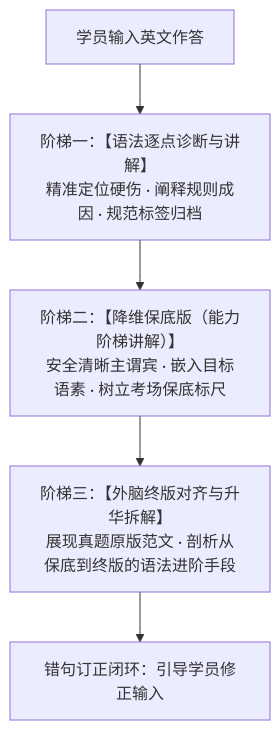
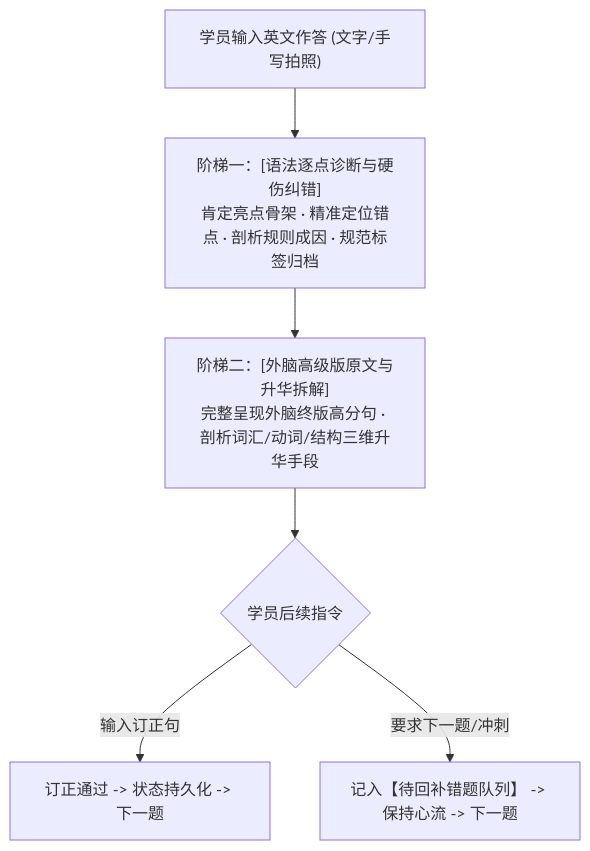
The diagram in references/grammar_rubric.md (Fuchen-Xiaoxing/kaoyan-asset-consolidator), drawn with Mermaid before and after one commit. The commit also changed other lines of this file and 10 other files, not shown here.

````diff
--- a/references/grammar_rubric.md
+++ b/references/grammar_rubric.md
@@ -91,7 +101,8 @@
 ```mermaid
 flowchart TD
-    Ans["学员输入英文作答"] --> L1["阶梯一：【语法逐点诊断与讲解】\n精准定位硬伤 · 阐释规则成因 · 规范标签归档"]
-    L1 --> L2["阶梯二：【降维保底版（能力阶梯讲解）】\n安全清晰主谓宾 · 嵌入目标语素 · 树立考场保底标尺"]
-    L2 --> L3["阶梯三：【外脑终版对齐与升华拆解】\n展现真题原版范文 · 剖析从保底到终版的语法进阶手段"]
-    L3 --> Loop["错句订正闭环：引导学员修正输入"]
+    Ans["学员输入英文作答 (文字/手写拍照)"] --> L1["阶梯一：[语法逐点诊断与硬伤纠错]\n肯定亮点骨架 · 精准定位错点 · 剖析规则成因 · 规范标签归档"]
+    L1 --> L2["阶梯二：[外脑高级版原文与升华拆解]\n完整呈现外脑终版高分句 · 剖析词汇/动词/结构三维升华手段"]
+    L2 --> Choice{"学员后续指令"}
+    Choice -- "输入订正句" --> Verified["订正通过 -> 状态持久化 -> 下一题"]
+    Choice -- "要求下一题/冲刺" --> Queue["记入【待回补错题队列】 -> 保持心流 -> 下一题"]
 ```
````
